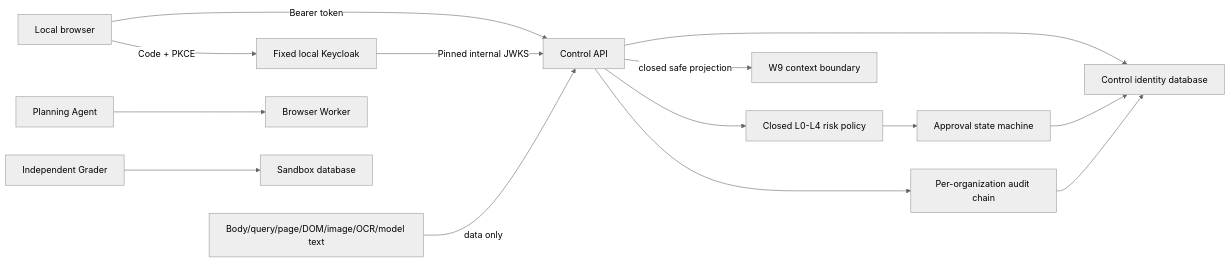
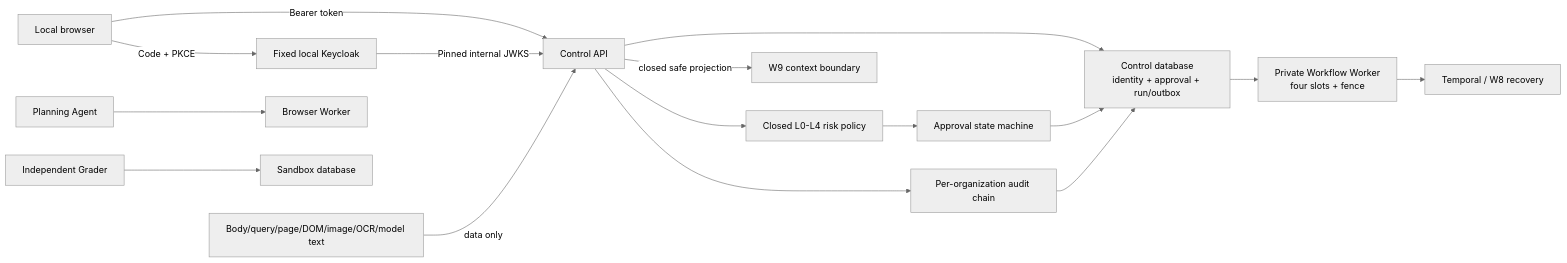
The diagram in docs/threat-model.md (taka-wzx/flowpilot-arena), drawn with Mermaid (neutral theme) before and after one commit. The commit also changed other lines of this file and 68 other files, not shown here.

```diff
--- a/docs/threat-model.md
+++ b/docs/threat-model.md
@@ -19,16 +21,18 @@
 ~~~mermaid
 flowchart LR
     Browser["Local browser"] -->|"Code + PKCE"| KC["Fixed local Keycloak"]
     Browser -->|"Bearer token"| API["Control API"]
     KC -->|"Pinned internal JWKS"| API
-    API --> DB["Control identity database"]
+    API --> DB["Control database\nidentity + approval + run/outbox"]
     API --> Policy["Closed L0-L4 risk policy"]
     Policy --> Approval["Approval state machine"]
     Approval --> DB
     API --> Audit["Per-organization audit chain"]
     Audit --> DB
+    DB --> W["Private Workflow Worker\nfour slots + fence"]
+    W --> Temporal["Temporal / W8 recovery"]
     Untrusted["Body/query/page/DOM/image/OCR/model text"] -->|"data only"| API
     API -->|"closed safe projection"| Context["W9 context boundary"]
     Planning["Planning Agent"] --> Worker["Browser Worker"]
     Grader["Independent Grader"] --> Sandbox["Sandbox database"]
 ~~~
```
